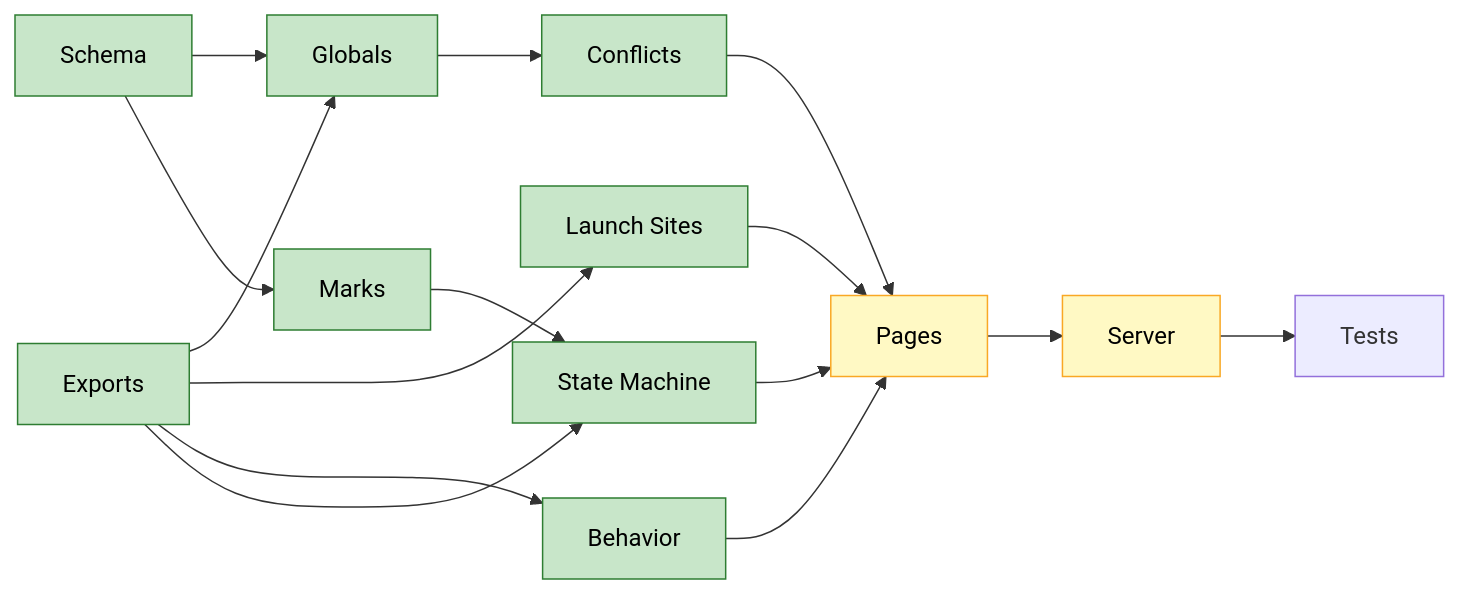
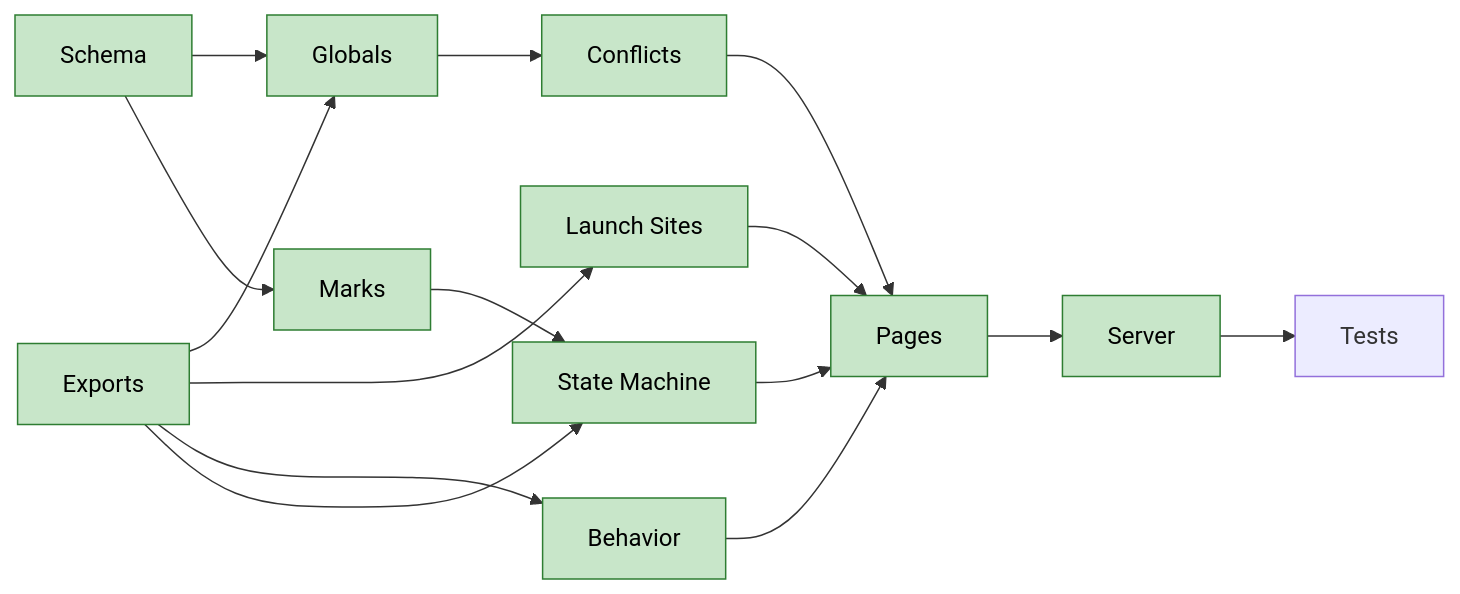
Before and after one commit to chances/eventide-chronicles: the third of 3 diagrams in .agents/plans/mission-baseline.md, drawn with Mermaid. The commit also changed other lines of this file and 9 other files, not shown here.

First line of the commit message:
Add unphrased condition modal and phrasebook API to chart server

````diff
--- a/.agents/plans/mission-baseline.md
+++ b/.agents/plans/mission-baseline.md
@@ -242,22 +240,21 @@
 ```mermaid
 flowchart LR
     Schema --> Globals
     Schema --> Marks
     Exports --> Globals
     Exports --> LaunchSites["Launch Sites"]
     Exports --> Behavior
     Exports --> StateMachine["State Machine"]
     Globals --> Conflicts
     Marks --> StateMachine
     LaunchSites --> Pages
     Conflicts --> Pages
     StateMachine --> Pages
     Behavior --> Pages
     Pages --> Server
     Server --> Tests
     classDef done fill:#c8e6c9,stroke:#2e7d32,color:#000
     class Schema,Exports,Globals,LaunchSites,Marks done
     class Behavior,Conflicts,StateMachine done
-    classDef wip fill:#fff9c4,stroke:#f9a825,color:#000
-    class Pages,Server wip
+    class Pages,Server done
 ```
````
